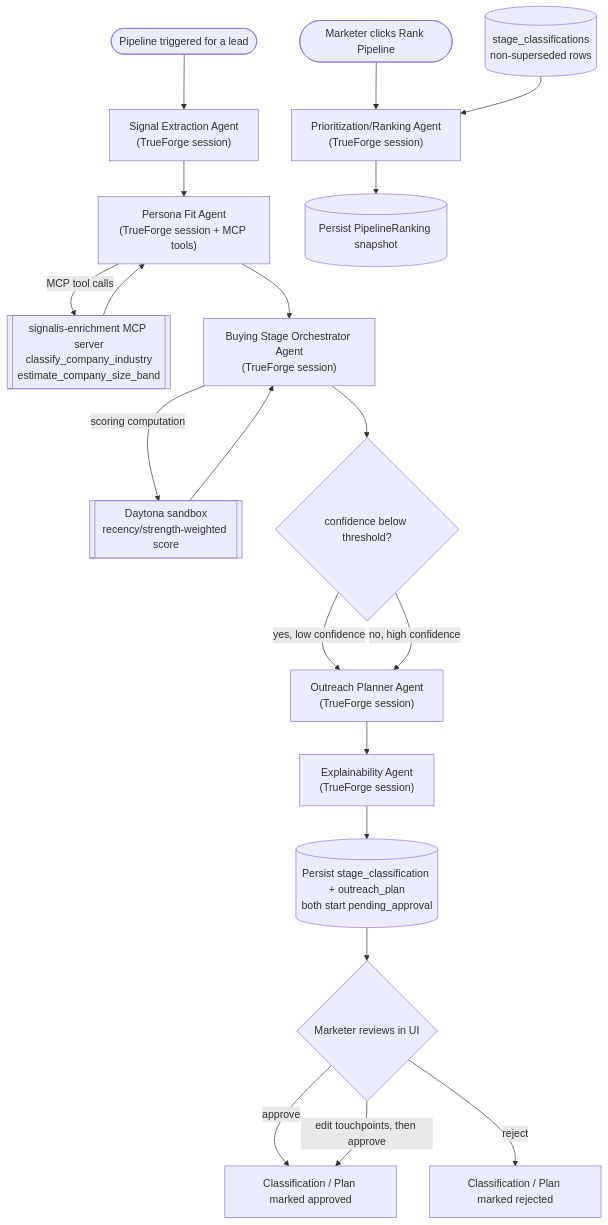
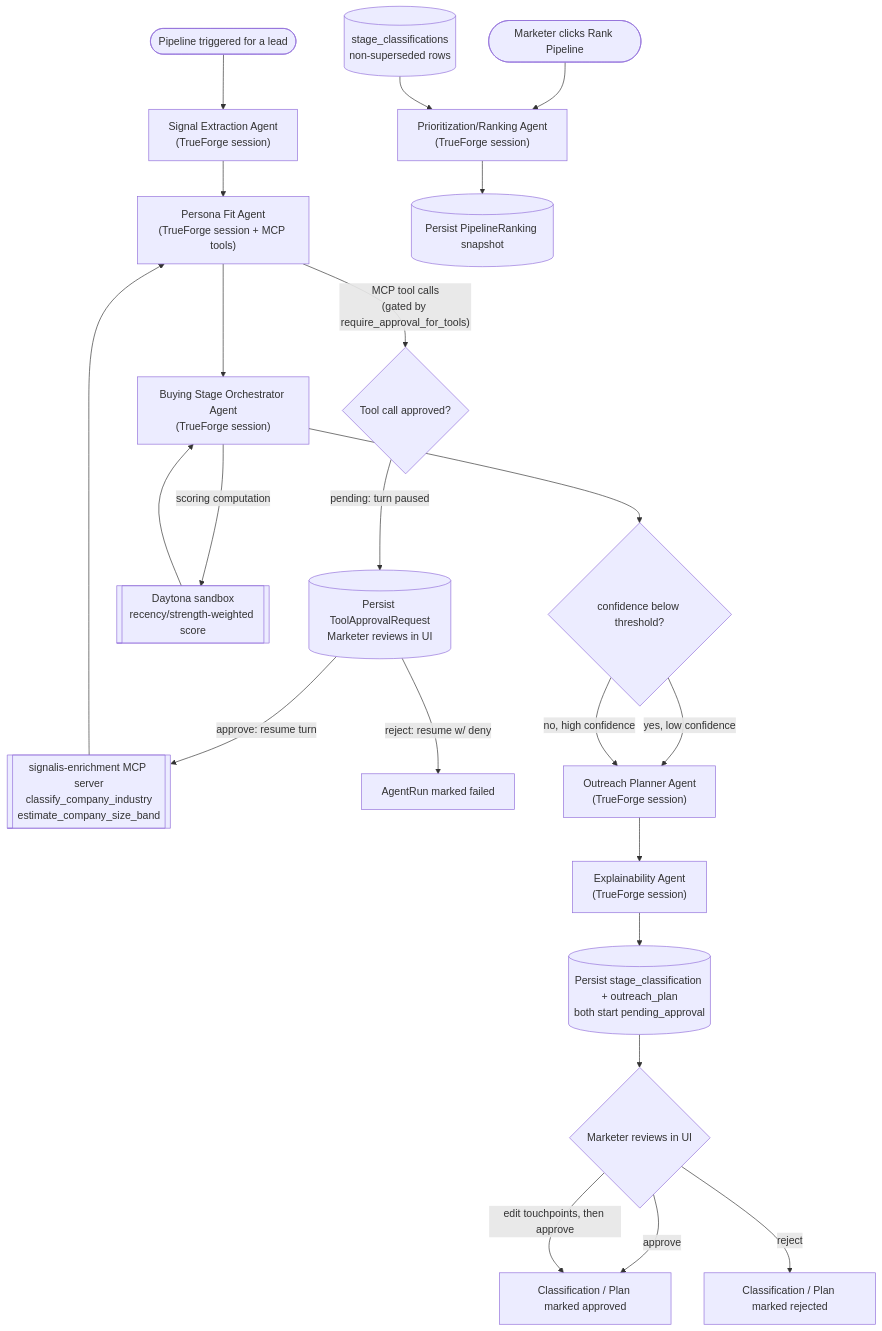
Before and after one commit to ram-from-tvl/signalis: the diagram in docs/AGENT_GRAPH.md, drawn with Mermaid. The commit also changed other lines of this file, not shown here.

First line of the commit message:
docs: describe the tool-approval gate flow in the agent graph diagram

````diff
--- a/docs/AGENT_GRAPH.md
+++ b/docs/AGENT_GRAPH.md
@@ -15,23 +15,26 @@
 ```mermaid
 flowchart TD
     Start([Pipeline triggered for a lead]) --> SE["Signal Extraction Agent\n(TrueForge session)"]
     SE --> PF["Persona Fit Agent\n(TrueForge session + MCP tools)"]
-    PF -->|"MCP tool calls"| MCP[["signalis-enrichment MCP server\nclassify_company_industry\nestimate_company_size_band"]]
+    PF -->|"MCP tool calls\n(gated by require_approval_for_tools)"| Gate{Tool call approved?}
+    Gate -->|"pending: turn paused"| ToolApproval[(Persist ToolApprovalRequest\nMarketer reviews in UI)]
+    ToolApproval -->|approve: resume turn| MCP[["signalis-enrichment MCP server\nclassify_company_industry\nestimate_company_size_band"]]
+    ToolApproval -->|reject: resume w/ deny| PFFailed[AgentRun marked failed]
     MCP --> PF
     PF --> BS["Buying Stage Orchestrator Agent\n(TrueForge session)"]
     BS -->|"scoring computation"| SB[["Daytona sandbox\nrecency/strength-weighted score"]]
     SB --> BS
     BS --> Decision{confidence below threshold?}
     Decision -->|yes, low confidence| OP["Outreach Planner Agent\n(TrueForge session)"]
     Decision -->|no, high confidence| OP
     OP --> EX["Explainability Agent\n(TrueForge session)"]
     EX --> Persist[(Persist stage_classification + outreach_plan\nboth start pending_approval)]
     Persist --> Human{Marketer reviews in UI}
     Human -->|approve| Approved[Classification / Plan marked approved]
     Human -->|reject| Rejected[Classification / Plan marked rejected]
     Human -->|edit touchpoints, then approve| Approved
 
     RankStart([Marketer clicks Rank Pipeline]) --> Rank["Prioritization/Ranking Agent\n(TrueForge session)"]
     ClassStore[(stage_classifications\nnon-superseded rows)] --> Rank
     Rank --> RankPersist[(Persist PipelineRanking snapshot)]
 ```
````
